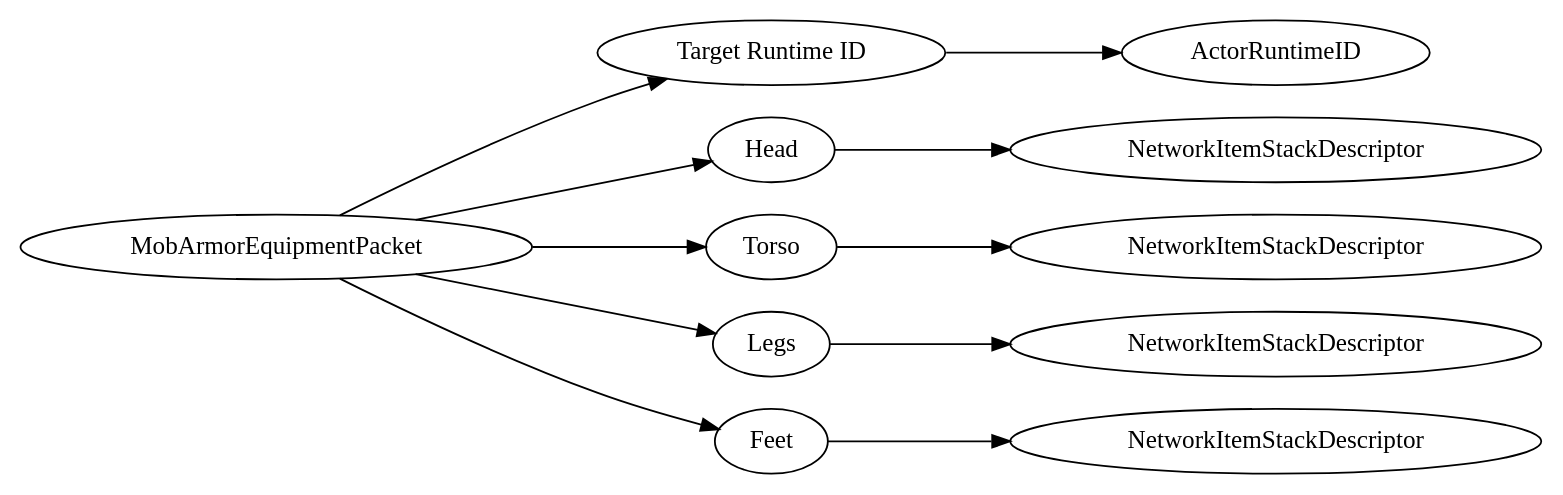
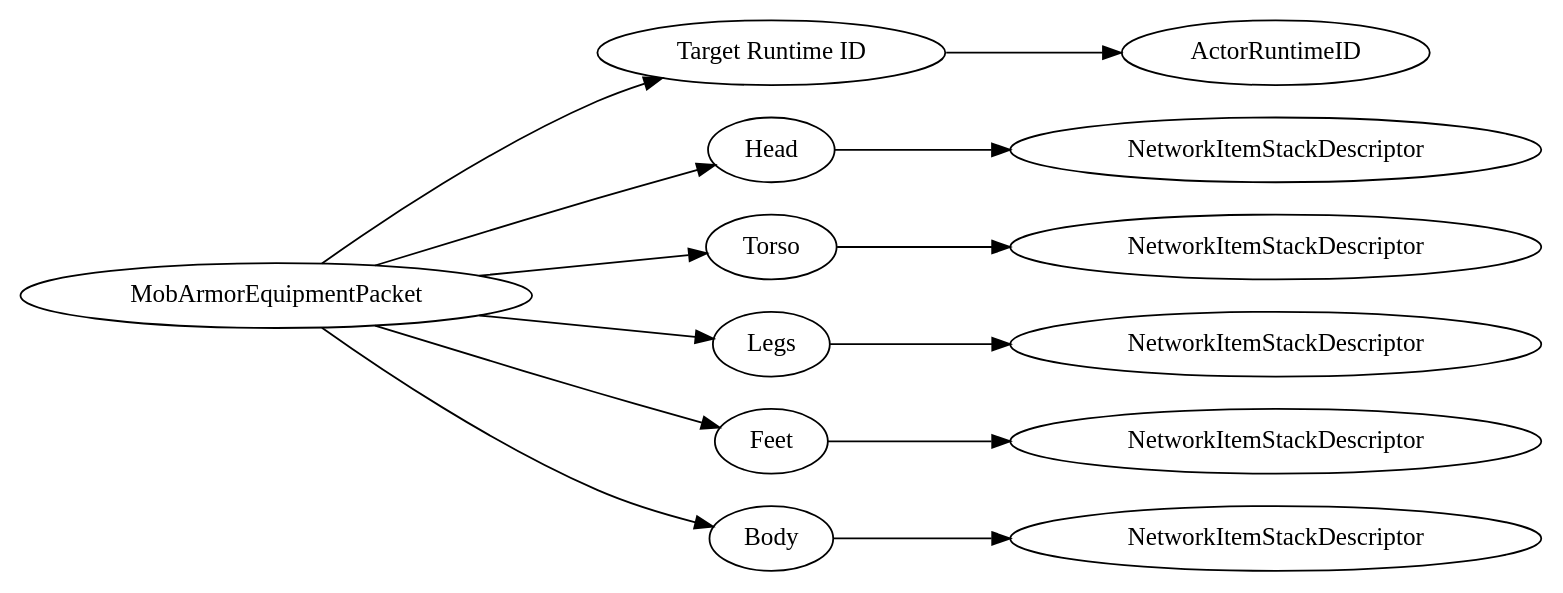
The diagram in assets/protocols/dot/MobArmorEquipmentPacket.dot (MiemieMethod/bedrock-docs-generator), drawn with Graphviz before and after one commit. The commit also changed 712 other files, not shown here.

```diff
--- a/assets/protocols/dot/MobArmorEquipmentPacket.dot
+++ b/assets/protocols/dot/MobArmorEquipmentPacket.dot
@@ -1,28 +1,32 @@
 digraph "MobArmorEquipmentPacket" {
 rankdir = LR
 0
 0 -> 1
 1 -> 2
 0 -> 3
 3 -> 4
 0 -> 5
 5 -> 6
 0 -> 7
 7 -> 8
 0 -> 9
 9 -> 10
+0 -> 11
+11 -> 12
 
 0 [label="MobArmorEquipmentPacket",comment="name: \"MobArmorEquipmentPacket\", typeName: \"\", id: 0, branchId: 32, recurseId: -1, attributes: 0, notes: \"\""];
 1 [label="Target Runtime ID",comment="name: \"Target Runtime ID\", typeName: \"ActorRuntimeID\", id: 1, branchId: 0, recurseId: -1, attributes: 256, notes: \"\""];
 2 [label="ActorRuntimeID",comment="name: \"ActorRuntimeID\", typeName: \"\", id: 2, branchId: 0, recurseId: -1, attributes: 512, notes: \"\""];
 3 [label="Head",comment="name: \"Head\", typeName: \"NetworkItemStackDescriptor\", id: 3, branchId: 0, recurseId: -1, attributes: 256, notes: \"\""];
 4 [label="NetworkItemStackDescriptor",comment="name: \"NetworkItemStackDescriptor\", typeName: \"\", id: 4, branchId: 0, recurseId: -1, attributes: 512, notes: \"\""];
 5 [label="Torso",comment="name: \"Torso\", typeName: \"NetworkItemStackDescriptor\", id: 5, branchId: 0, recurseId: -1, attributes: 256, notes: \"\""];
 6 [label="NetworkItemStackDescriptor",comment="name: \"NetworkItemStackDescriptor\", typeName: \"\", id: 6, branchId: 0, recurseId: -1, attributes: 512, notes: \"\""];
 7 [label="Legs",comment="name: \"Legs\", typeName: \"NetworkItemStackDescriptor\", id: 7, branchId: 0, recurseId: -1, attributes: 256, notes: \"\""];
 8 [label="NetworkItemStackDescriptor",comment="name: \"NetworkItemStackDescriptor\", typeName: \"\", id: 8, branchId: 0, recurseId: -1, attributes: 512, notes: \"\""];
 9 [label="Feet",comment="name: \"Feet\", typeName: \"NetworkItemStackDescriptor\", id: 9, branchId: 0, recurseId: -1, attributes: 256, notes: \"\""];
 10 [label="NetworkItemStackDescriptor",comment="name: \"NetworkItemStackDescriptor\", typeName: \"\", id: 10, branchId: 0, recurseId: -1, attributes: 512, notes: \"\""];
-{ rank = max;2;4;6;8;10}
+11 [label="Body",comment="name: \"Body\", typeName: \"NetworkItemStackDescriptor\", id: 11, branchId: 0, recurseId: -1, attributes: 256, notes: \"\""];
+12 [label="NetworkItemStackDescriptor",comment="name: \"NetworkItemStackDescriptor\", typeName: \"\", id: 12, branchId: 0, recurseId: -1, attributes: 512, notes: \"\""];
+{ rank = max;2;4;6;8;10;12}
 
 }
```
